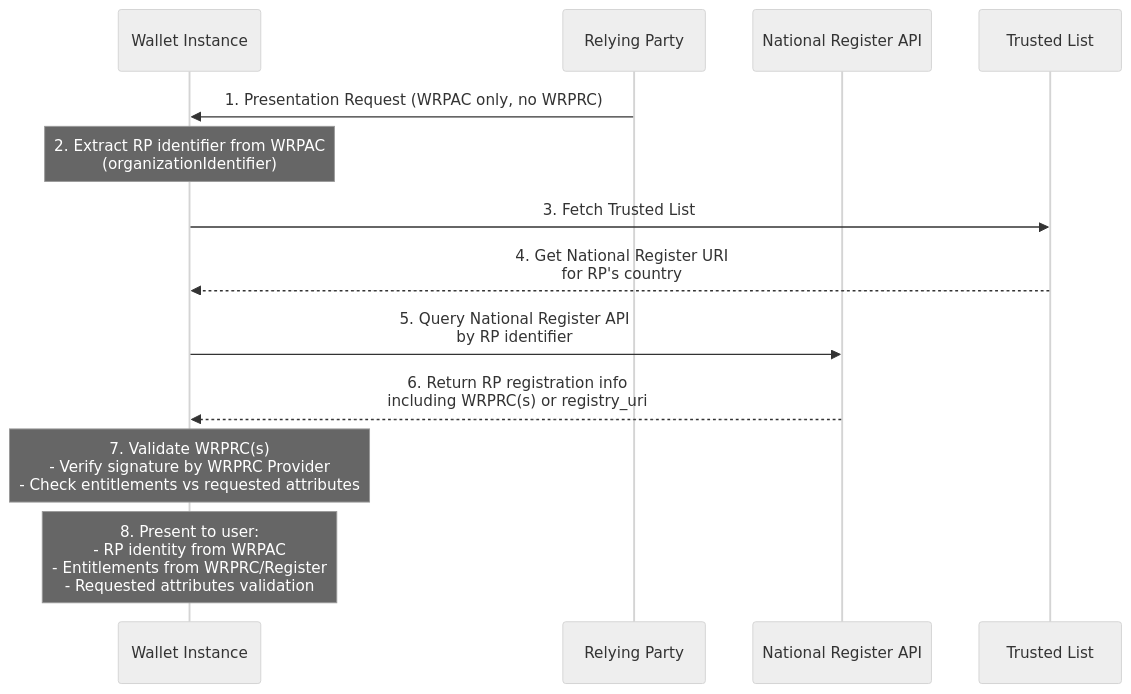
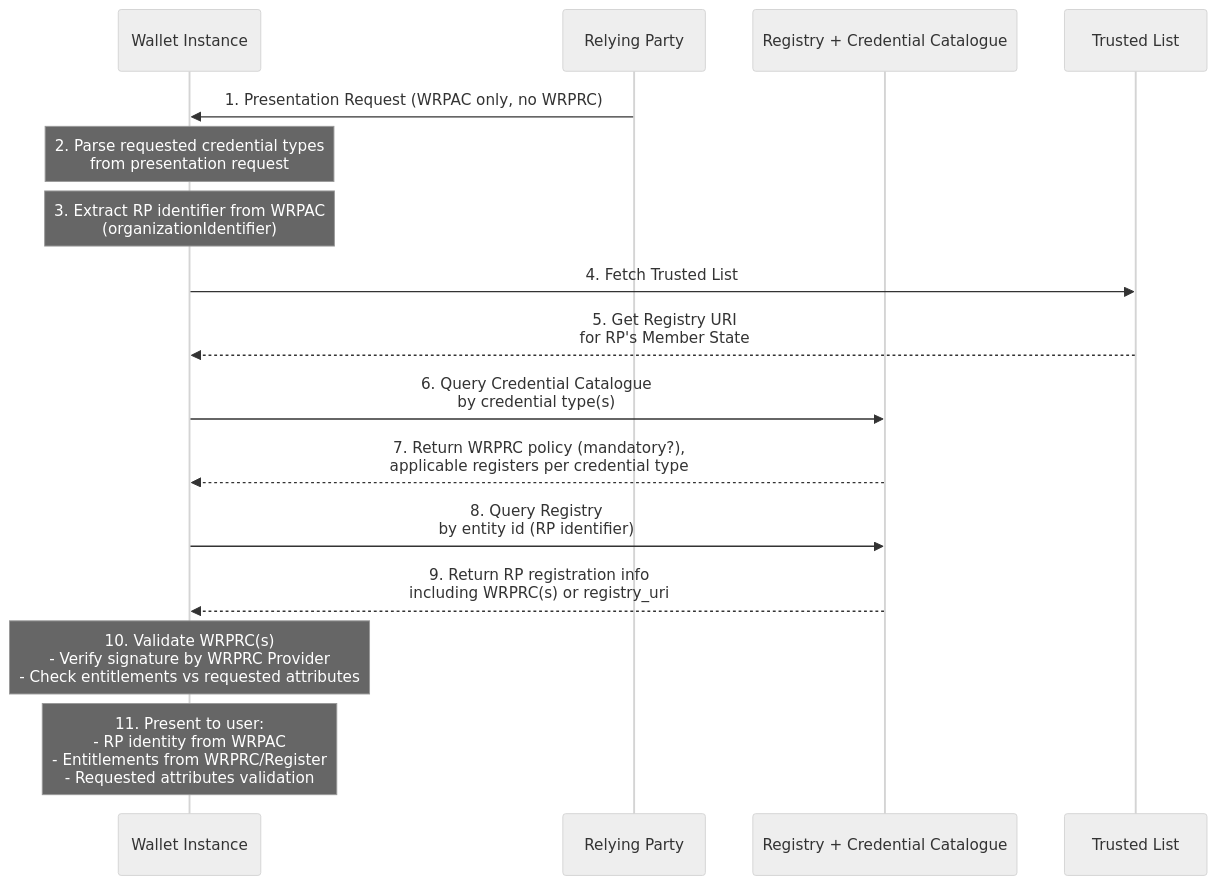
One commit to webuild-consortium/wp4-trust-group changed the fifth of 11 diagrams in task2-trust-framework/wallet-policy-discovery.md. Above: the diagram before and after it, drawn with Mermaid (neutral theme). The commit also changed other lines of this file, not shown here.

Commit message:
[task2] policy discovery long and intensive WG review

````diff
--- a/task2-trust-framework/wallet-policy-discovery.md
+++ b/task2-trust-framework/wallet-policy-discovery.md
@@ -230,20 +242,24 @@
 ```mermaid
 sequenceDiagram
     participant W as Wallet Instance
     participant RP as Relying Party
-    participant NR as National Register API
+    participant NR as Registry + Credential Catalogue
     participant TL as Trusted List
 
     RP->>W: 1. Presentation Request (WRPAC only, no WRPRC)
-    Note over W: 2. Extract RP identifier from WRPAC<br/>(organizationIdentifier)
+    Note over W: 2. Parse requested credential types<br/>from presentation request
+    Note over W: 3. Extract RP identifier from WRPAC<br/>(organizationIdentifier)
     
-    W->>TL: 3. Fetch Trusted List
-    TL-->>W: 4. Get National Register URI<br/>for RP's country
+    W->>TL: 4. Fetch Trusted List
+    TL-->>W: 5. Get Registry URI<br/>for RP's Member State
     
-    W->>NR: 5. Query National Register API<br/>by RP identifier
-    NR-->>W: 6. Return RP registration info<br/>including WRPRC(s) or registry_uri
+    W->>NR: 6. Query Credential Catalogue<br/>by credential type(s)
+    NR-->>W: 7. Return WRPRC policy (mandatory?),<br/>applicable registers per credential type
     
-    Note over W: 7. Validate WRPRC(s)<br/>- Verify signature by WRPRC Provider<br/>- Check entitlements vs requested attributes
+    W->>NR: 8. Query Registry<br/>by entity id (RP identifier)
+    NR-->>W: 9. Return RP registration info<br/>including WRPRC(s) or registry_uri
     
-    Note over W: 8. Present to user:<br/>- RP identity from WRPAC<br/>- Entitlements from WRPRC/Register<br/>- Requested attributes validation
+    Note over W: 10. Validate WRPRC(s)<br/>- Verify signature by WRPRC Provider<br/>- Check entitlements vs requested attributes
+    
+    Note over W: 11. Present to user:<br/>- RP identity from WRPAC<br/>- Entitlements from WRPRC/Register<br/>- Requested attributes validation
 ```
````
